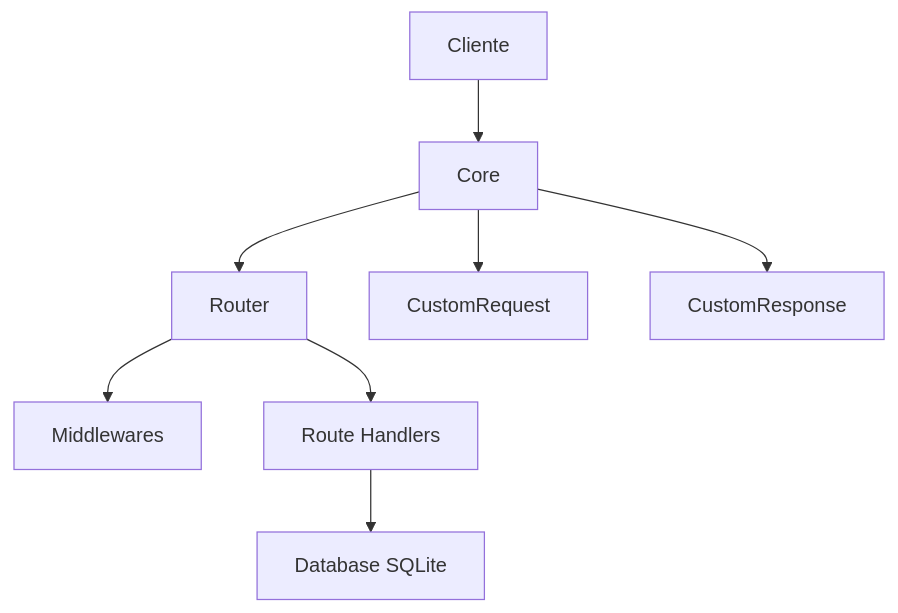
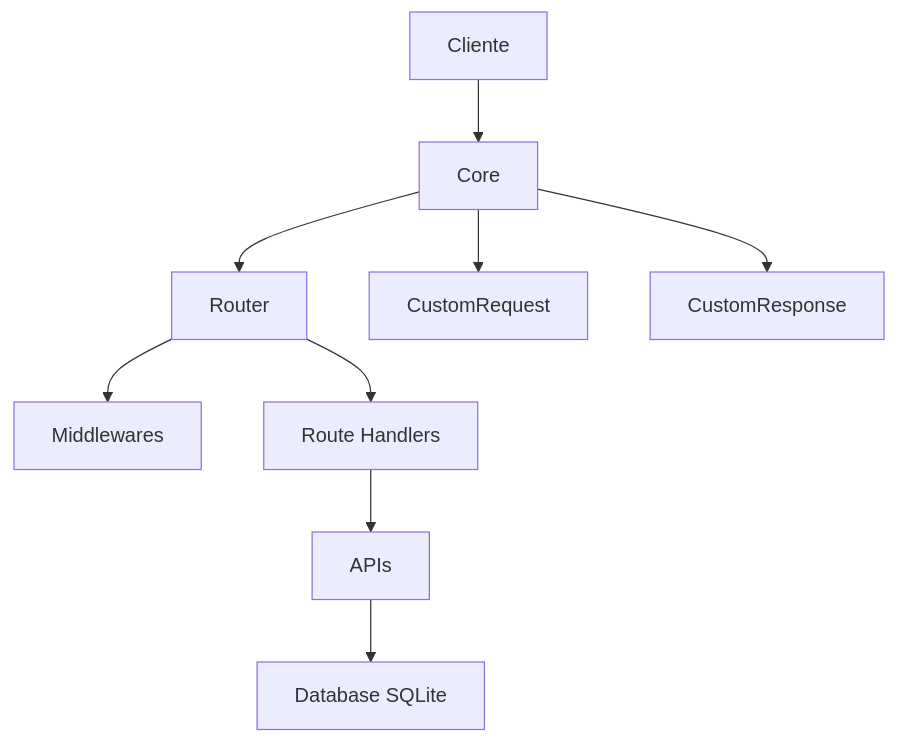
One commit to Fpanizio/LMS changed the diagram in README.md. Above: the diagram before and after it, drawn with Mermaid. The commit also changed other lines of this file, not shown here.

````diff
--- a/README.md
+++ b/README.md
@@ -28,10 +29,11 @@
 ```mermaid
 flowchart TD
     Client[Cliente] --> Core[Core]
     Core --> Router[Router]
     Core --> CustomReq[CustomRequest]
     Core --> CustomRes[CustomResponse]
     Router --> Middlewares[Middlewares]
     Router --> Handlers[Route Handlers]
-    Handlers --> Database[Database SQLite]
+    Handlers --> Api[APIs]
+    Api --> Database[Database SQLite]
 ```
````
